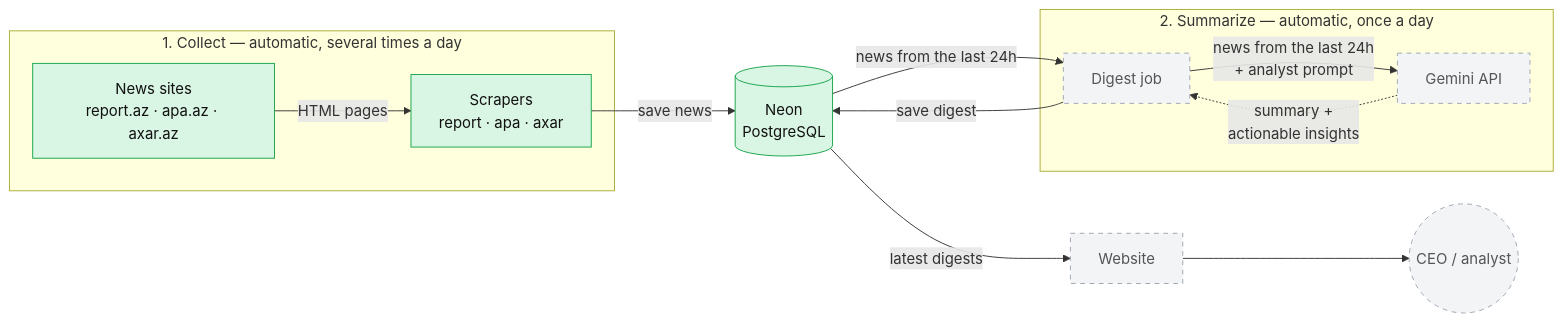
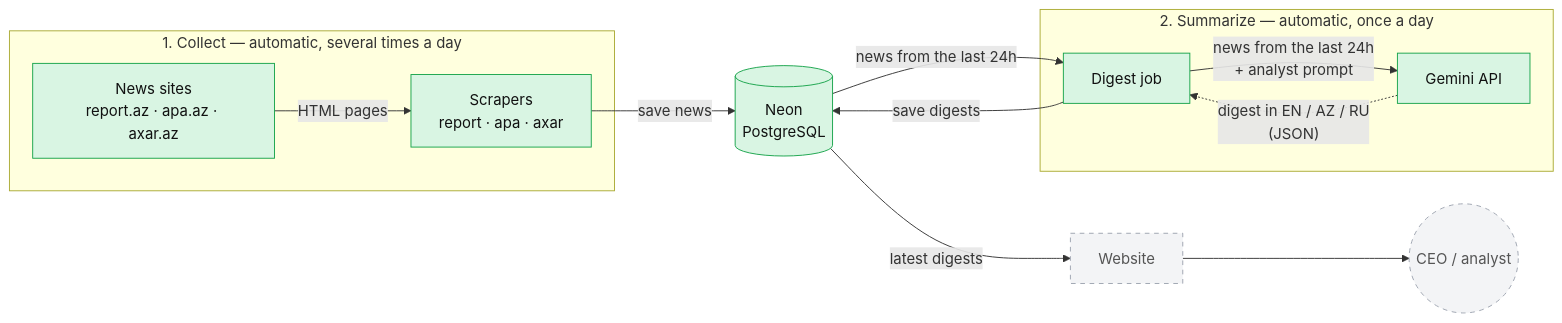
The diagram in README.md (vbabazade8/az-news-assistant), drawn with Mermaid before and after one commit. The commit also changed other lines of this file and 7 other files, not shown here.

Commit message:
Add digest job: Gemini writes daily investment digest in EN/AZ/RU with source links

````diff
--- a/README.md
+++ b/README.md
@@ -19,24 +19,24 @@
 ```mermaid
 flowchart LR
     subgraph collect["1. Collect — automatic, several times a day"]
         sites["News sites<br/>report.az · apa.az · axar.az"] -->|HTML pages| scrapers["Scrapers<br/>report · apa · axar"]
     end
 
     scrapers -->|save news| db[("Neon<br/>PostgreSQL")]
 
     subgraph summarize["2. Summarize — automatic, once a day"]
         job["Digest job"] -->|"news from the last 24h<br/>+ analyst prompt"| gemini["Gemini API"]
-        gemini -.->|"summary +<br/>actionable insights"| job
+        gemini -.->|"digest in EN / AZ / RU<br/>(JSON)"| job
     end
 
     db -->|news from the last 24h| job
-    job -->|save digest| db
+    job -->|save digests| db
 
     db -->|latest digests| web["Website"]
     web --> reader(("CEO / analyst"))
 
     classDef done fill:#d9f5e3,stroke:#16a34a,color:#111
     classDef planned fill:#f3f4f6,stroke:#9ca3af,color:#555,stroke-dasharray:5 5
-    class sites,scrapers,db done
-    class job,gemini,web,reader planned
+    class sites,scrapers,db,job,gemini done
+    class web,reader planned
 ```
````
